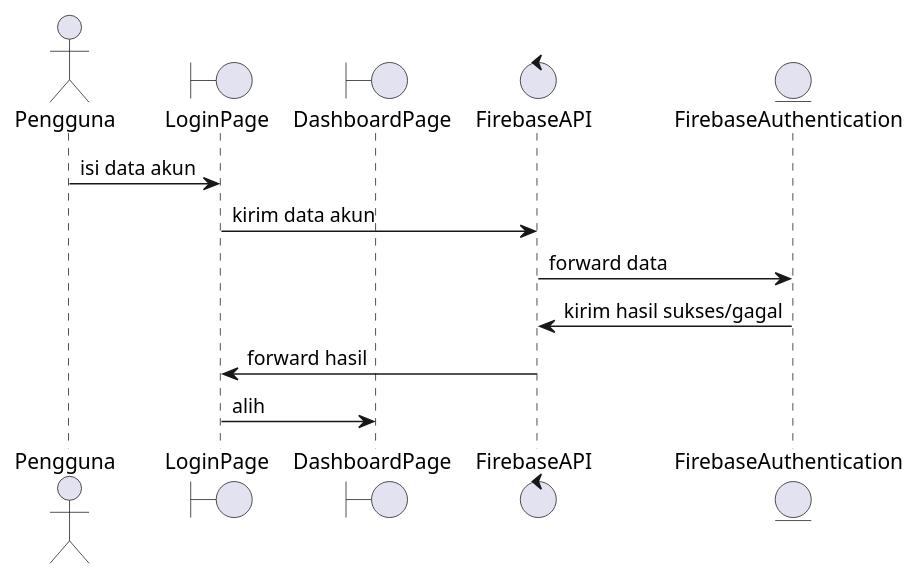
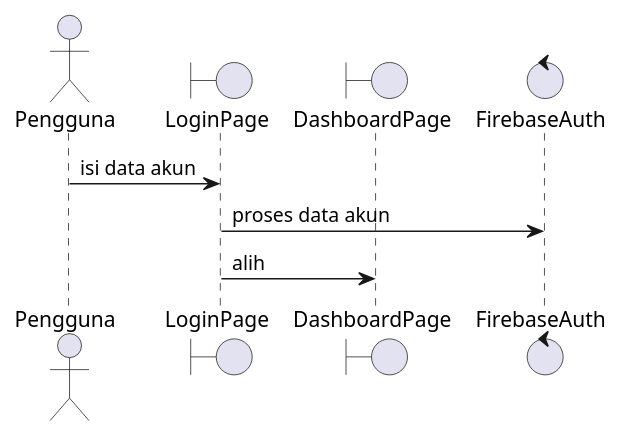
Before and after one commit to stnDinus/skpl_apbo_diagrams: the diagram in signin_seq.puml, drawn with PlantUML. The commit also changed 19 other files, not shown here.

Commit message:
fix: sequence, colab diagrams

```diff
--- a/signin_seq.puml
+++ b/signin_seq.puml
@@ -1,14 +1,10 @@
 @startuml
 actor Pengguna
 boundary LoginPage
 boundary DashboardPage
-control FirebaseAPI
-entity FirebaseAuthentication
+control FirebaseAuth
 
 Pengguna -> LoginPage: isi data akun
-LoginPage -> FirebaseAPI:  kirim data akun
-FirebaseAPI -> FirebaseAuthentication: forward data
-FirebaseAPI <- FirebaseAuthentication: kirim hasil sukses/gagal
-FirebaseAPI -> LoginPage: forward hasil
+LoginPage -> FirebaseAuth:  proses data akun
 LoginPage -> DashboardPage: alih
 @enduml
```
